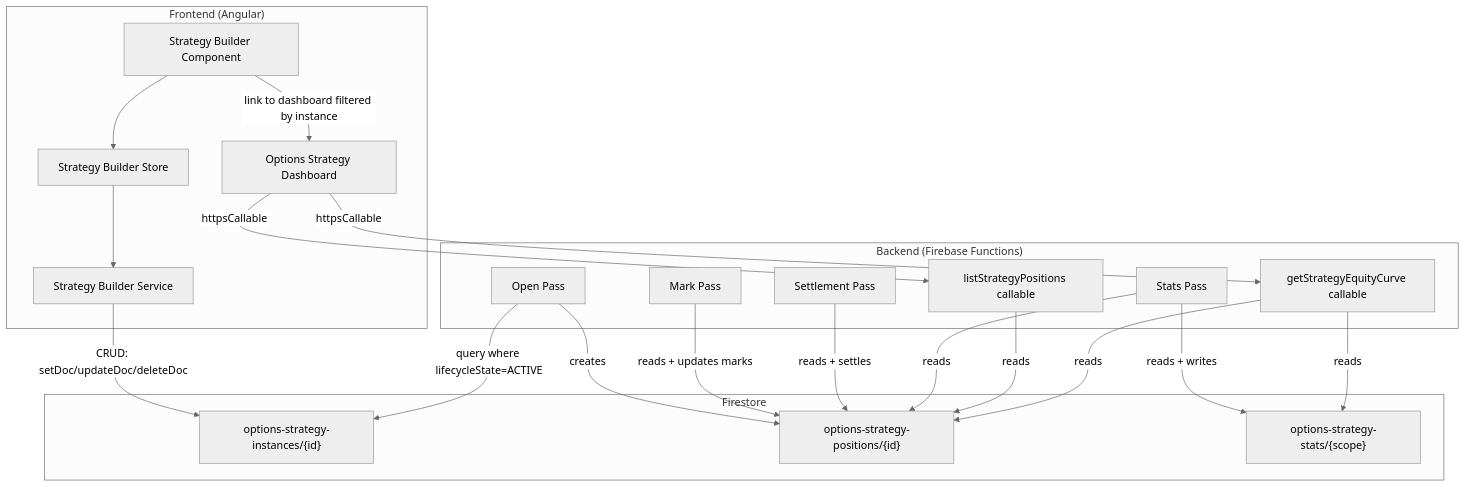
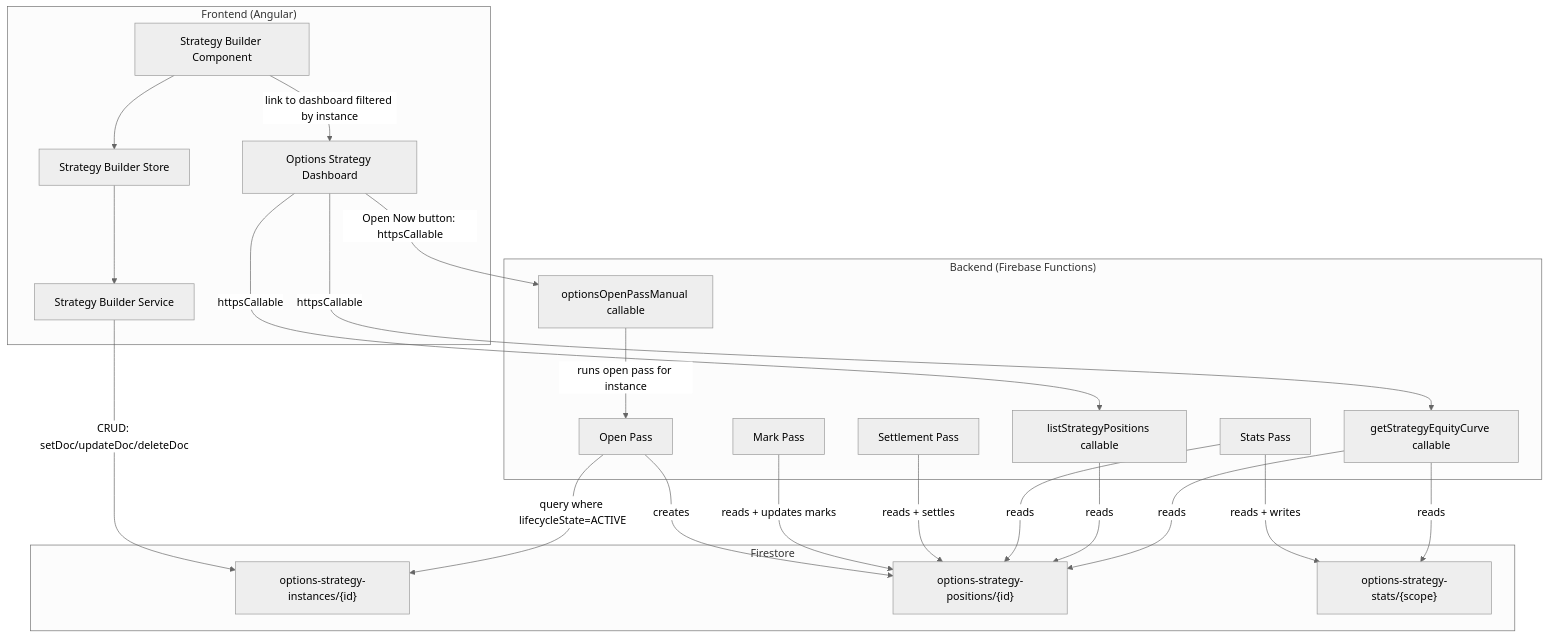
The diagram in docs/PRD-strat-build-ui.md (rinebob/rel-str), drawn with Mermaid (neutral theme) before and after one commit. The commit also changed other lines of this file and 6 other files, not shown here.

````diff
--- a/docs/PRD-strat-build-ui.md
+++ b/docs/PRD-strat-build-ui.md
@@ -176,41 +188,44 @@
 ```mermaid
 flowchart TD
     subgraph FE["Frontend (Angular)"]
         SB["Strategy Builder Component"]
         SS["Strategy Builder Store"]
         SBS["Strategy Builder Service"]
         OD["Options Strategy Dashboard"]
     end
 
     subgraph FS["Firestore"]
         SIC["options-strategy-instances/{id}"]
         POS["options-strategy-positions/{id}"]
         STATS["options-strategy-stats/{scope}"]
     end
 
     subgraph BE["Backend (Firebase Functions)"]
         OP["Open Pass"]
+        OPM["optionsOpenPassManual callable"]
         MP["Mark Pass"]
         SP["Settlement Pass"]
         STP["Stats Pass"]
         SC["listStrategyPositions callable"]
         EC["getStrategyEquityCurve callable"]
     end
 
     SB --> SS --> SBS
     SBS -->|"CRUD: setDoc/updateDoc/deleteDoc"| SIC
     SB -->|"link to dashboard filtered by instance"| OD
+    OD -->|"Open Now button: httpsCallable"| OPM
+    OPM -->|"runs open pass for instance"| OP
 
     OP -->|"query where lifecycleState=ACTIVE"| SIC
     OP -->|"creates"| POS
     MP -->|"reads + updates marks"| POS
     SP -->|"reads + settles"| POS
     STP -->|"reads + writes"| STATS
     STP -->|"reads"| POS
 
     OD -->|"httpsCallable"| SC
     OD -->|"httpsCallable"| EC
     SC -->|"reads"| POS
     EC -->|"reads"| POS
     EC -->|"reads"| STATS
 ```
````
